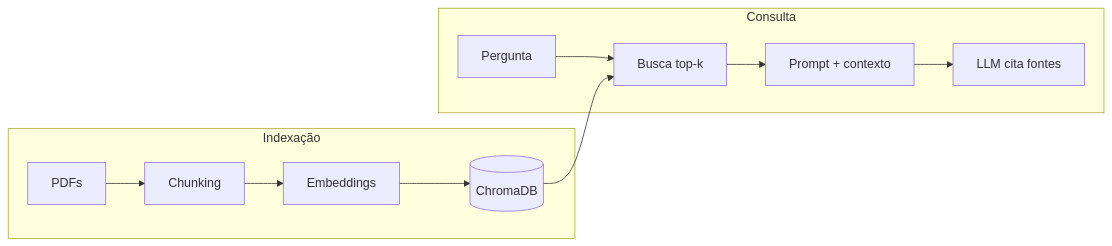
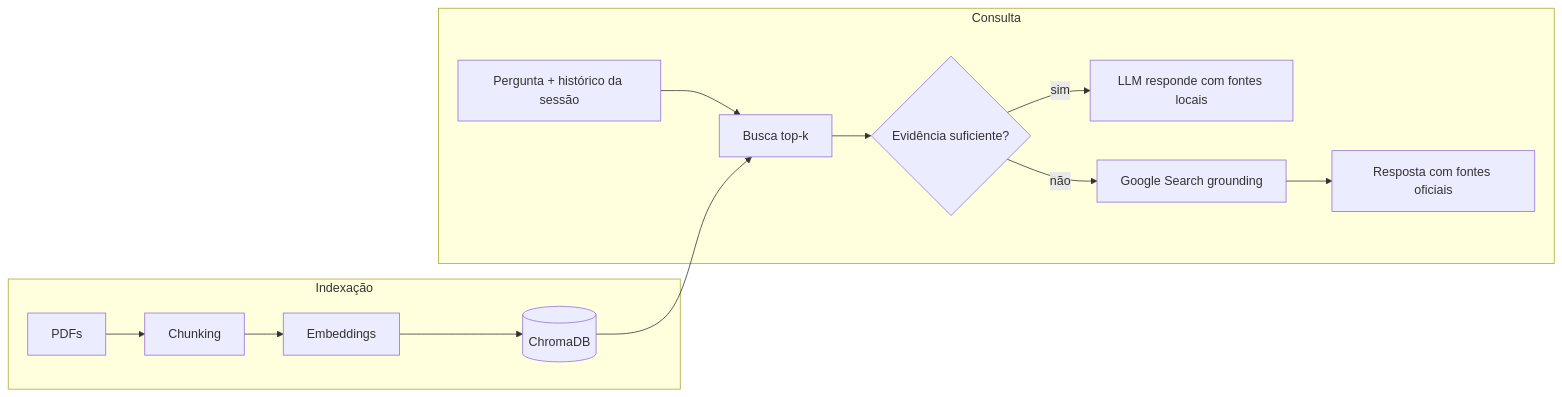
One commit to LeoPinhelli/rag-relatorios-agro changed the diagram in README.md. Above: the diagram before and after it, drawn with Mermaid. The commit also changed other lines of this file and 16 other files, not shown here.

````diff
--- a/README.md
+++ b/README.md
@@ -13,10 +15,14 @@
 ```mermaid
 flowchart LR
   subgraph Indexação
     A[PDFs] --> B[Chunking] --> C[Embeddings] --> D[(ChromaDB)]
   end
   subgraph Consulta
-    E[Pergunta] --> F[Busca top-k] --> G[Prompt + contexto] --> H[LLM cita fontes]
+    E[Pergunta + histórico da sessão] --> F[Busca top-k]
+    F --> G{Evidência suficiente?}
+    G -->|sim| H[LLM responde com fontes locais]
+    G -->|não| I[Google Search grounding]
+    I --> J[Resposta com fontes oficiais]
   end
   D --> F
 ```
````
